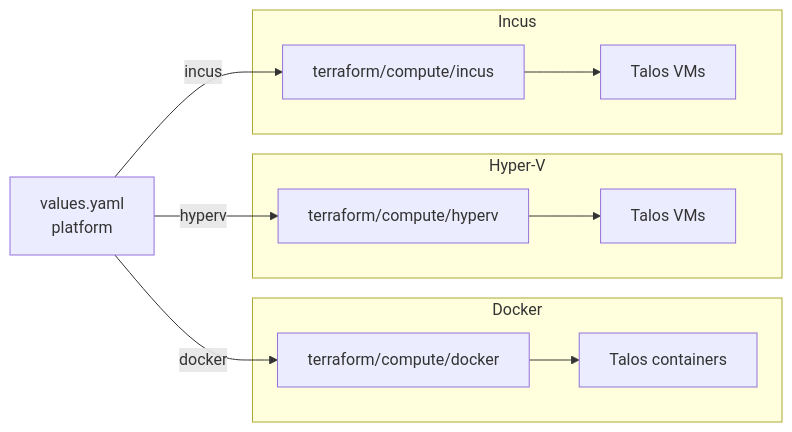
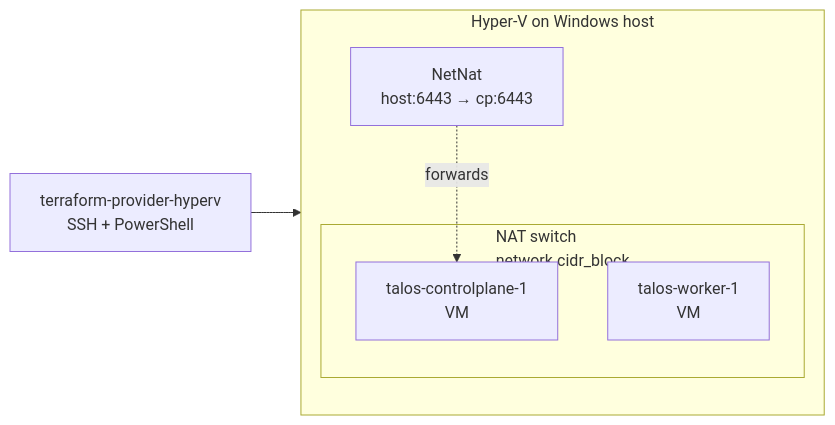
One commit to windsorcli/core changed the second of 3 diagrams in terraform/compute/README.md. Above: the diagram before and after it, drawn with Mermaid. The commit also changed other lines of this file and 7 other files, not shown here.

Commit message:
chore(docs): enhance README files with updated architecture diagrams and detailed module descriptions across Terraform categories

````diff
--- a/terraform/compute/README.md
+++ b/terraform/compute/README.md
@@ -22,26 +62,15 @@
 ```mermaid
 flowchart LR
-  values[values.yaml<br/>platform]
+  prov[terraform-provider-hyperv<br/>SSH + PowerShell]
 
-  subgraph dockerpath[Docker]
-    tfDocker[terraform/compute/docker]
-    dockerNodes[Talos containers]
+  subgraph hv[Hyper-V on Windows host]
+    subgraph natsw[NAT switch<br/>network.cidr_block]
+      cp[talos-controlplane-1<br/>VM]
+      w[talos-worker-1<br/>VM]
+    end
+    netnat[NetNat<br/>host:6443 → cp:6443]
   end
 
-  subgraph hyperv[Hyper-V]
-    tfHyperv[terraform/compute/hyperv]
-    hvNodes[Talos VMs]
-  end
-
-  subgraph incus[Incus]
-    tfIncus[terraform/compute/incus]
-    incNodes[Talos VMs]
-  end
-
-  values -->|docker| tfDocker
-  values -->|hyperv| tfHyperv
-  values -->|incus| tfIncus
-  tfDocker --> dockerNodes
-  tfHyperv --> hvNodes
-  tfIncus --> incNodes
+  prov --> hv
+  netnat -.forwards.-> cp
 ```
````
